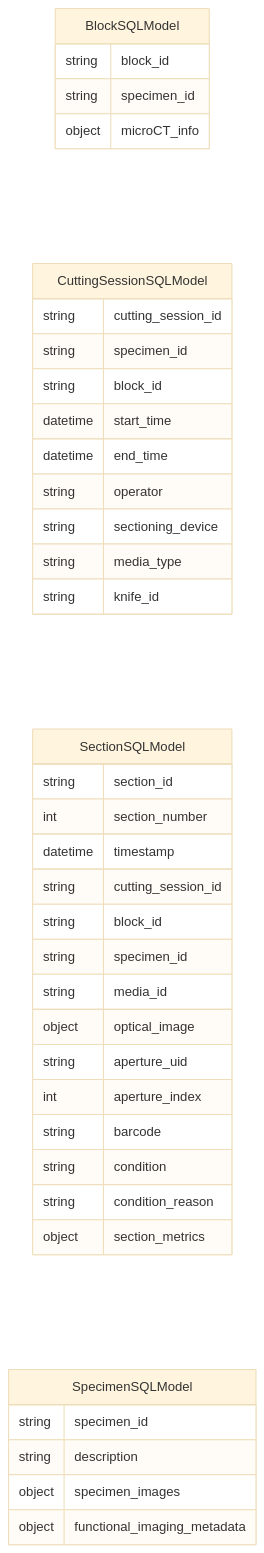
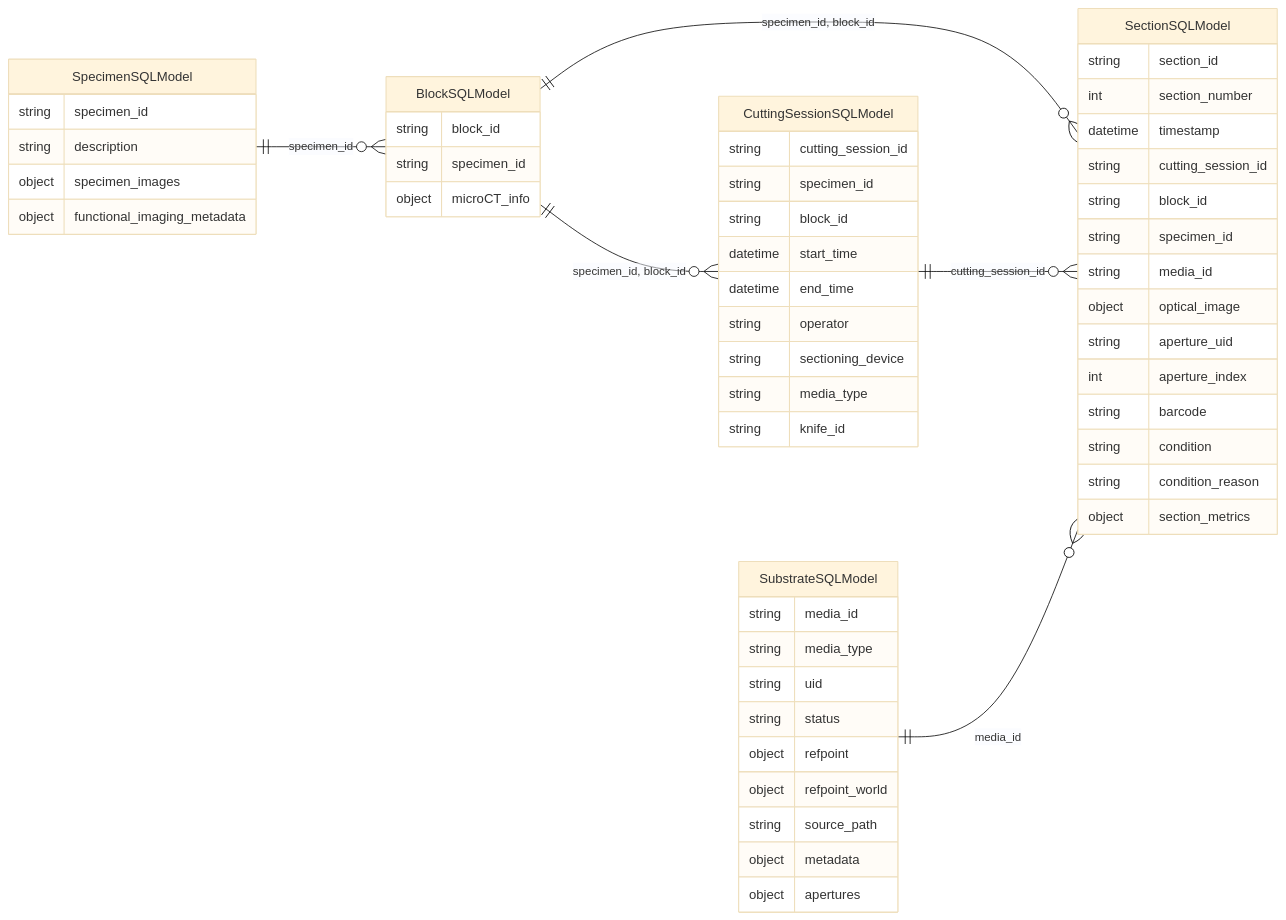
Before and after one commit to TilEM-project/TEMdb: the diagram in docs/schema_Preparation_erd.md, drawn with Mermaid (base theme). The commit also changed 15 other files, not shown here.

````diff
--- a/docs/schema_Preparation_erd.md
+++ b/docs/schema_Preparation_erd.md
@@ -3,42 +3,58 @@
 ```mermaid
 erDiagram
     direction LR
+    BlockSQLModel ||--o{ CuttingSessionSQLModel : "specimen_id, block_id"
+    BlockSQLModel ||--o{ SectionSQLModel : "specimen_id, block_id"
+    CuttingSessionSQLModel ||--o{ SectionSQLModel : "cutting_session_id"
+    SpecimenSQLModel ||--o{ BlockSQLModel : "specimen_id"
+    SubstrateSQLModel ||--o{ SectionSQLModel : "media_id"
     BlockSQLModel {
         string block_id
         string specimen_id
         object microCT_info
     }
     CuttingSessionSQLModel {
         string cutting_session_id
         string specimen_id
         string block_id
         datetime start_time
         datetime end_time
         string operator
         string sectioning_device
         string media_type
         string knife_id
     }
     SectionSQLModel {
         string section_id
         int section_number
         datetime timestamp
         string cutting_session_id
         string block_id
         string specimen_id
         string media_id
         object optical_image
         string aperture_uid
         int aperture_index
         string barcode
         string condition
         string condition_reason
         object section_metrics
     }
     SpecimenSQLModel {
         string specimen_id
         string description
         object specimen_images
         object functional_imaging_metadata
     }
+    SubstrateSQLModel {
+        string media_id
+        string media_type
+        string uid
+        string status
+        object refpoint
+        object refpoint_world
+        string source_path
+        object metadata
+        object apertures
+    }
 ```
````
